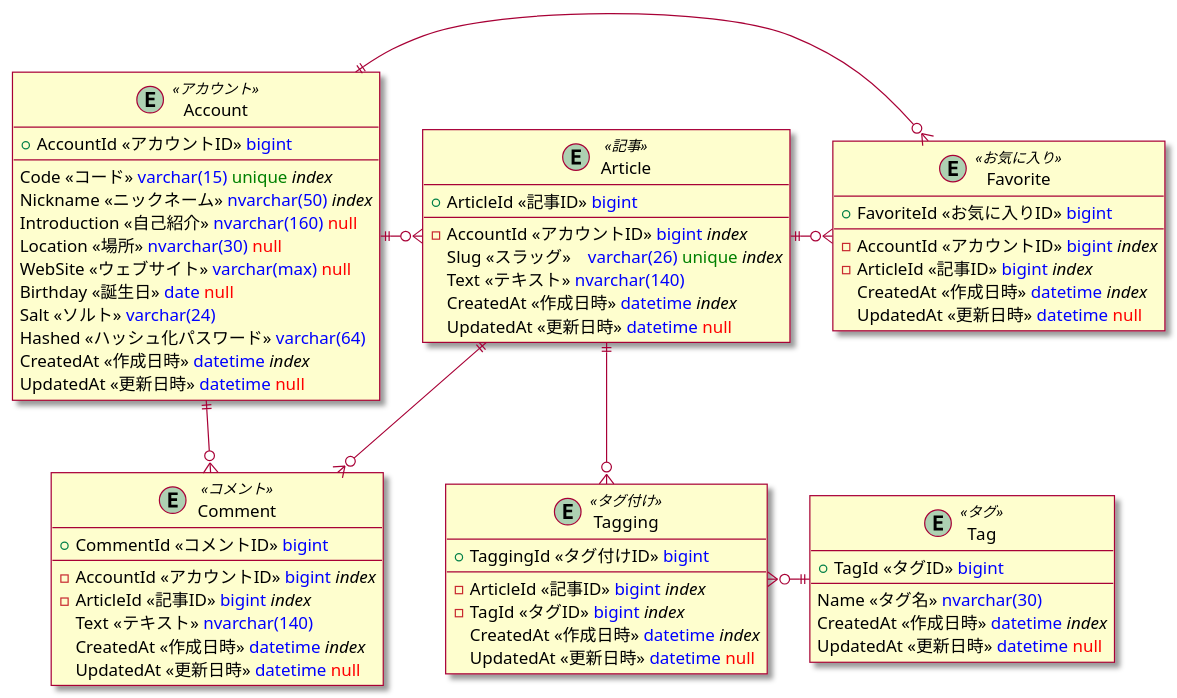
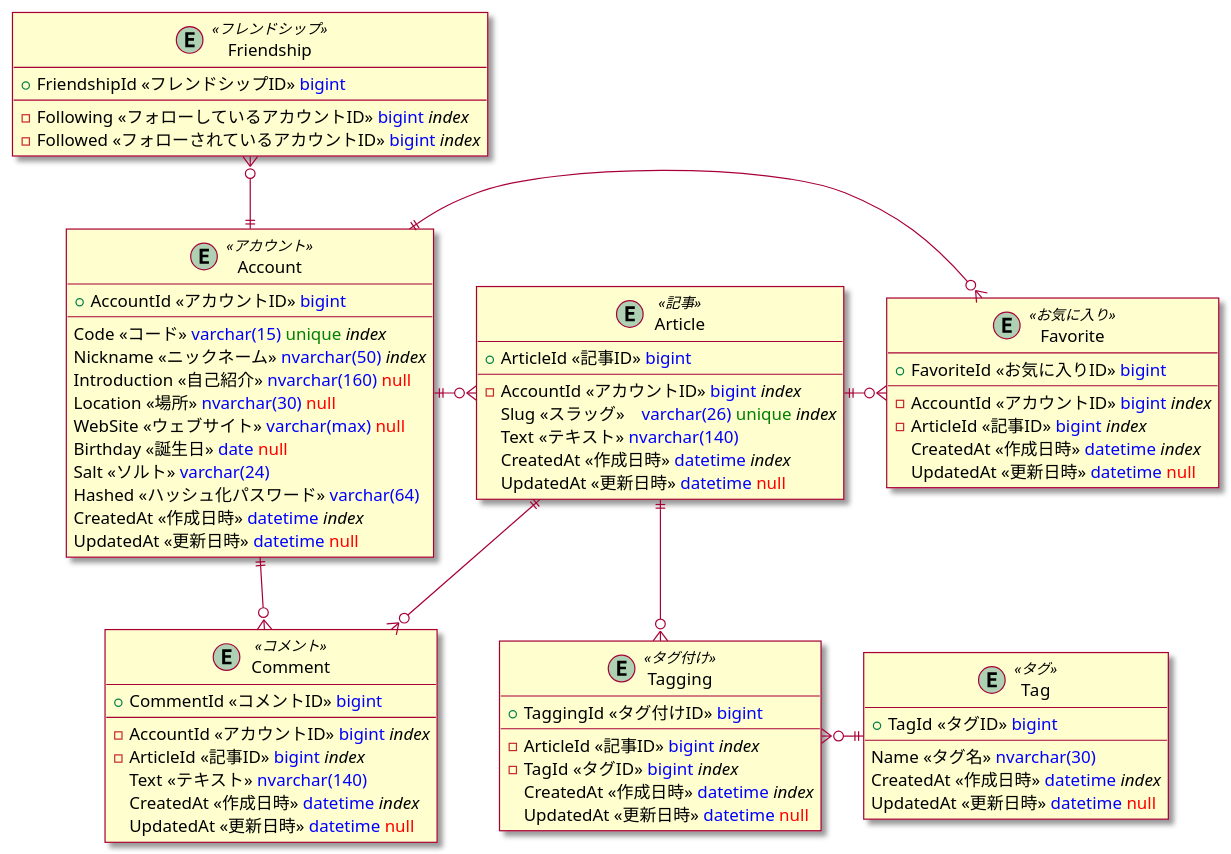
One commit to sano-suguru/SnsSample changed the diagram in doc/er.pu. Above: the diagram before and after it, drawn with PlantUML. The commit also changed 1 other file, not shown here.

Commit message:
ER図フォロワーテーブルを追加する #32 (#33)

```diff
--- a/doc/er.pu
+++ b/doc/er.pu
@@ -1,72 +1,80 @@
 @startuml
 skin rose
 
 entity Account <<アカウント>> {
   +AccountId <<アカウントID>> <color:blue>bigint</color>
   --
   Code <<コード>> <color:blue>varchar(15)</color> <color:green>unique</color> //index//
   Nickname <<ニックネーム>> <color:blue>nvarchar(50)</color> //index//
   Introduction <<自己紹介>> <color:blue>nvarchar(160)</color> <color:red>null</color>
   Location <<場所>> <color:blue>nvarchar(30)</color> <color:red>null</color>
   WebSite <<ウェブサイト>> <color:blue>varchar(max)</color> <color:red>null</color>
   Birthday <<誕生日>> <color:blue>date</color> <color:red>null</color>
   Salt <<ソルト>> <color:blue>varchar(24)</color>
   Hashed <<ハッシュ化パスワード>> <color:blue>varchar(64)</color>
   CreatedAt <<作成日時>> <color:blue>datetime</color> //index//
   UpdatedAt <<更新日時>> <color:blue>datetime</color> <color:red>null</color>
+}
+
+entity Friendship <<フレンドシップ>> {
+  +FriendshipId <<フレンドシップID>> <color:blue>bigint</color>
+  --
+  -Following <<フォローしているアカウントID>> <color:blue>bigint</color> //index//
+  -Followed <<フォローされているアカウントID>> <color:blue>bigint</color> //index//
 }
 
 entity Article <<記事>>{
   +ArticleId <<記事ID>> <color:blue>bigint</color>
   --
   -AccountId <<アカウントID>> <color:blue>bigint</color> //index//
   Slug <<スラッグ>>　<color:blue>varchar(26)</color> <color:green>unique</color> //index//
   Text <<テキスト>> <color:blue>nvarchar(140)</color>
   CreatedAt <<作成日時>> <color:blue>datetime</color> //index//
   UpdatedAt <<更新日時>> <color:blue>datetime</color> <color:red>null</color>
 }
 
 entity Comment <<コメント>> {
   +CommentId <<コメントID>> <color:blue>bigint</color>
   --
   -AccountId <<アカウントID>> <color:blue>bigint</color> //index//
   -ArticleId <<記事ID>> <color:blue>bigint</color> //index//
   Text <<テキスト>> <color:blue>nvarchar(140)</color>
   CreatedAt <<作成日時>> <color:blue>datetime</color> //index//
   UpdatedAt <<更新日時>> <color:blue>datetime</color> <color:red>null</color>
 }
 
 entity Favorite <<お気に入り>> {
   +FavoriteId <<お気に入りID>> <color:blue>bigint</color>
   --
   -AccountId <<アカウントID>> <color:blue>bigint</color> //index//
   -ArticleId <<記事ID>> <color:blue>bigint</color> //index//
   CreatedAt <<作成日時>> <color:blue>datetime</color> //index//
   UpdatedAt <<更新日時>> <color:blue>datetime</color> <color:red>null</color>
 }
 
 entity Tag <<タグ>> {
   +TagId <<タグID>> <color:blue>bigint</color>
   --
   Name <<タグ名>> <color:blue>nvarchar(30)</color>
   CreatedAt <<作成日時>> <color:blue>datetime</color> //index//
   UpdatedAt <<更新日時>> <color:blue>datetime</color> <color:red>null</color>
 }
 
 entity Tagging <<タグ付け>> {
   +TaggingId <<タグ付けID>> <color:blue>bigint</color>
   --
   -ArticleId <<記事ID>> <color:blue>bigint</color> //index//
   -TagId <<タグID>> <color:blue>bigint</color> //index//
   CreatedAt <<作成日時>> <color:blue>datetime</color> //index//
   UpdatedAt <<更新日時>> <color:blue>datetime</color> <color:red>null</color>
 }
 
+Friendship }o--|| Account
 Account ||-o{ Article
 Article ||-o{ Comment
 Account ||--o{ Comment
 Account ||-o{ Favorite
 Article ||-o{ Favorite
 Article ||--o{ Tagging
 Tagging }o-|| Tag
 @enduml
```
